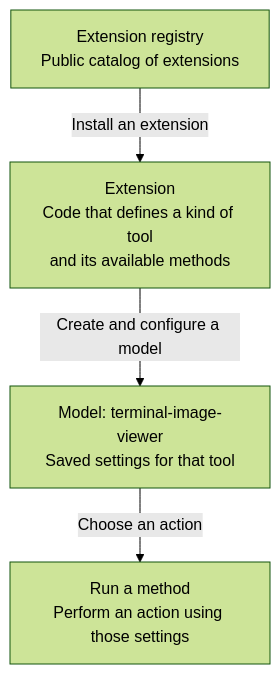
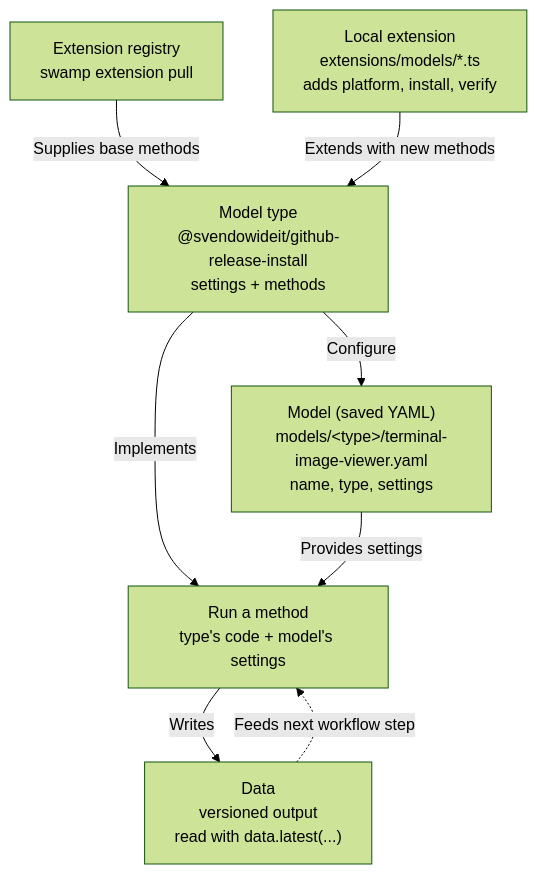
Before and after one commit to taylorific/swamp-training: the diagram in slides.md, drawn with Mermaid (forest theme). The commit also changed other lines of this file, not shown here.

First line of the commit message:
Revise swamp model documentation and commands

````diff
--- a/slides.md
+++ b/slides.md
@@ -446,11 +458,17 @@
 ```mermaid
 flowchart TD
-    R["Extension registry<br/>Public catalog of extensions"]
-    E["Extension<br/>Code that defines a kind of tool<br/>and its available methods"]
-    M["Model: terminal-image-viewer<br/>Saved settings for that tool"]
-    A["Run a method<br/>Perform an action using those settings"]
+    R["Extension registry<br/>swamp extension pull"]
+    L["Local extension<br/>extensions/models/*.ts<br/>adds platform, install, verify"]
+    T["Model type<br/>@svendowideit/github-release-install<br/>settings + methods"]
+    M["Model (saved YAML)<br/>models/&lt;type&gt;/terminal-image-viewer.yaml<br/>name, type, settings"]
+    A["Run a method<br/>type's code + model's settings"]
+    D["Data<br/>versioned output<br/>read with data.latest(...)"]
 
-    R -->|"Install an extension"| E
-    E -->|"Create and configure a model"| M
-    M -->|"Choose an action"| A
+    R -->|"Supplies base methods"| T
+    L -->|"Extends with new methods"| T
+    T -->|"Configure"| M
+    T -->|"Implements"| A
+    M -->|"Provides settings"| A
+    A -->|"Writes"| D
+    D -.->|"Feeds next workflow step"| A
 ```
````
